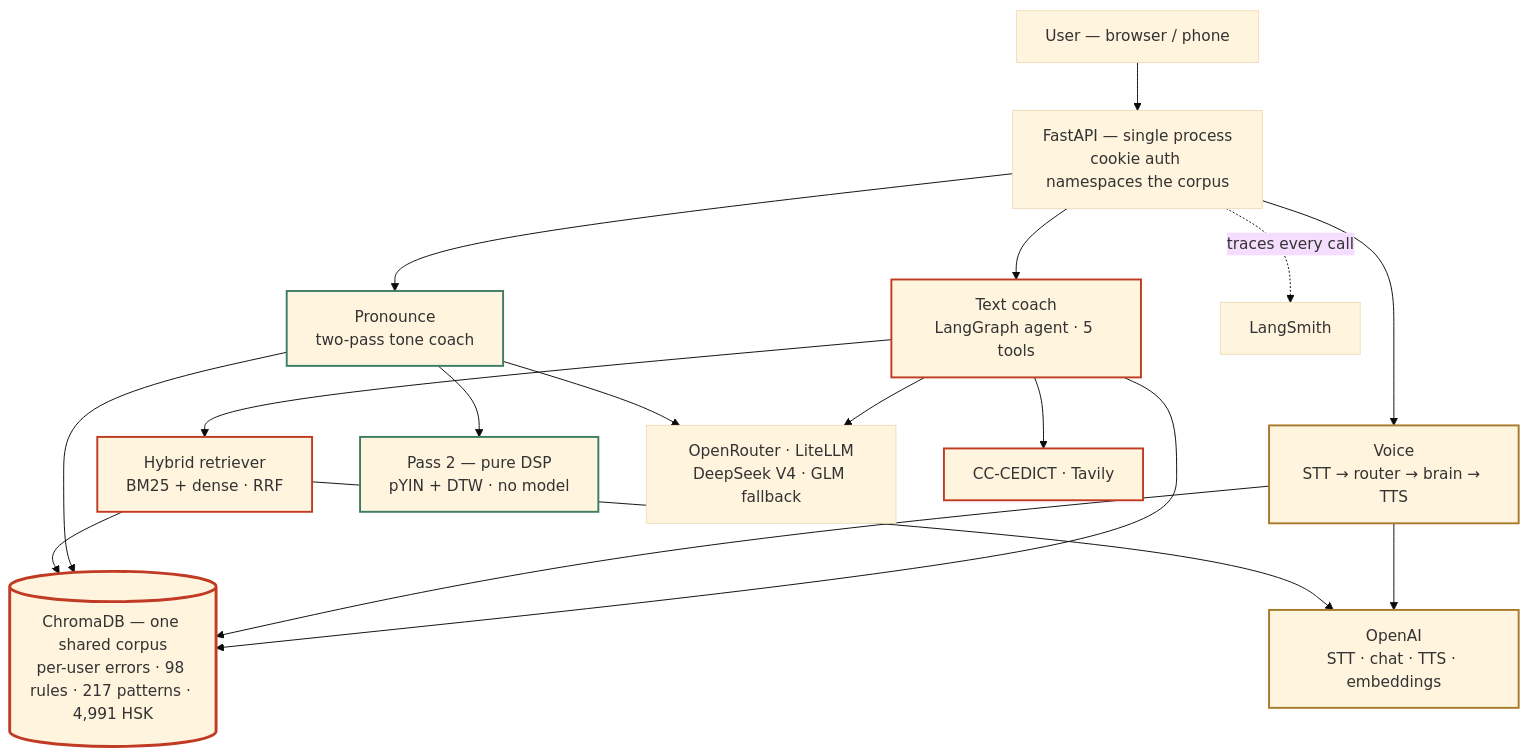
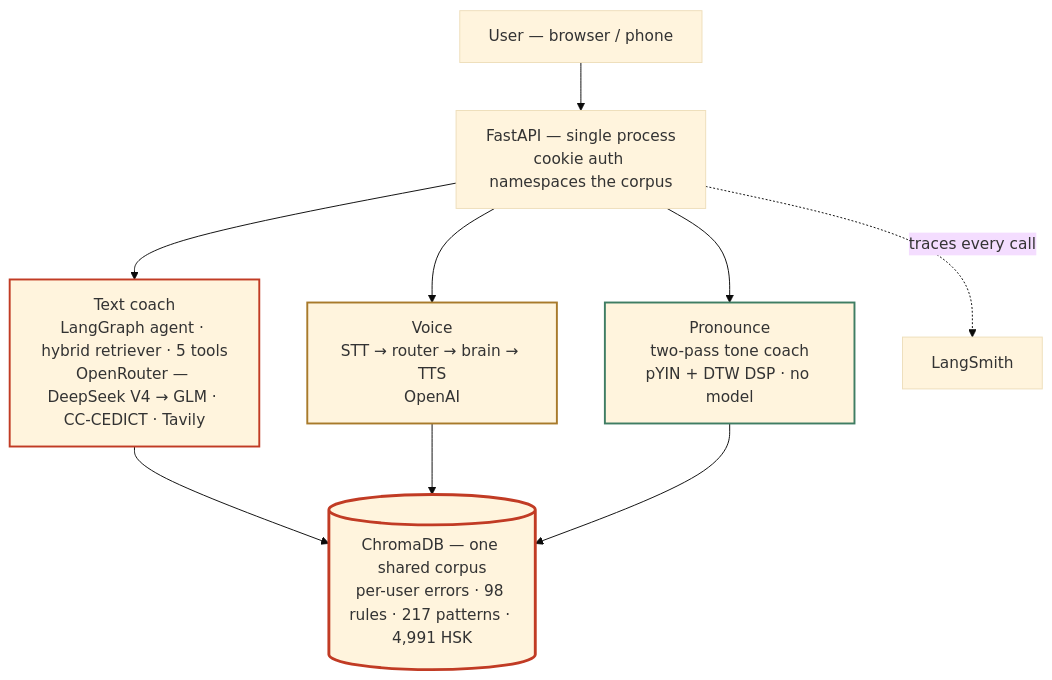
One commit to reubenfrith/mandarin-coach changed the diagram in README.md. Above: the diagram before and after it, drawn with Mermaid (base theme).

Commit message:
docs: tidy the README architecture diagram (fold providers into nodes, no crossings)

````diff
--- a/README.md
+++ b/README.md
@@ -32,32 +32,22 @@
 ```mermaid
 flowchart TD
   U["User — browser / phone"] --> F["FastAPI — single process<br/>cookie auth namespaces the corpus"]
 
-  F --> T["Text coach<br/>LangGraph agent · 5 tools"]
-  F --> V["Voice<br/>STT → router → brain → TTS"]
-  F --> P["Pronounce<br/>two-pass tone coach"]
-
-  T --> RET["Hybrid retriever<br/>BM25 + dense · RRF"]
-  P --> DSP["Pass 2 — pure DSP<br/>pYIN + DTW · no model"]
+  F --> T["Text coach<br/>LangGraph agent · hybrid retriever · 5 tools<br/>OpenRouter — DeepSeek V4 → GLM · CC-CEDICT · Tavily"]
+  F --> V["Voice<br/>STT → router → brain → TTS<br/>OpenAI"]
+  F --> P["Pronounce<br/>two-pass tone coach<br/>pYIN + DTW DSP · no model"]
+  F -.->|traces every call| LS["LangSmith"]
 
   T --> DB[("ChromaDB — one shared corpus<br/>per-user errors · 98 rules · 217 patterns · 4,991 HSK")]
   V --> DB
   P --> DB
-  RET --> DB
-
-  T --> OR["OpenRouter · LiteLLM<br/>DeepSeek V4 · GLM fallback"]
-  P --> OR
-  T --> EXT["CC-CEDICT · Tavily"]
-  V --> OA["OpenAI<br/>STT · chat · TTS · embeddings"]
-  RET --> OA
-  F -.->|traces every call| LS["LangSmith"]
 
   classDef text stroke:#C13B24,stroke-width:2px;
   classDef voice stroke:#A87A2B,stroke-width:2px;
   classDef pron stroke:#3F7D63,stroke-width:2px;
   classDef corpus stroke:#C13B24,stroke-width:3px;
-  class T,RET,EXT text
-  class V,OA voice
-  class P,DSP pron
+  class T text
+  class V voice
+  class P pron
   class DB corpus
 ```
````
